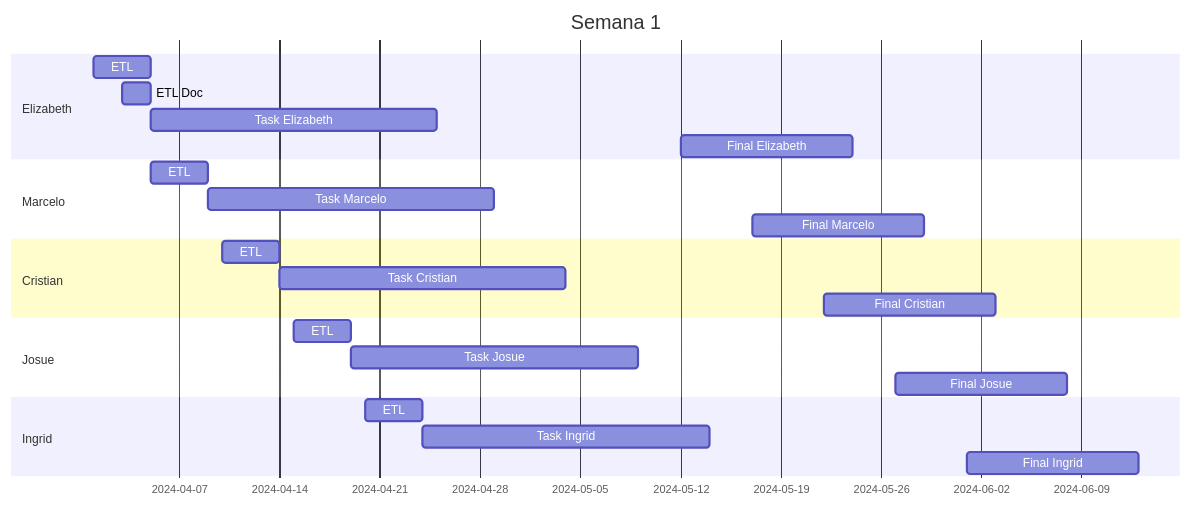
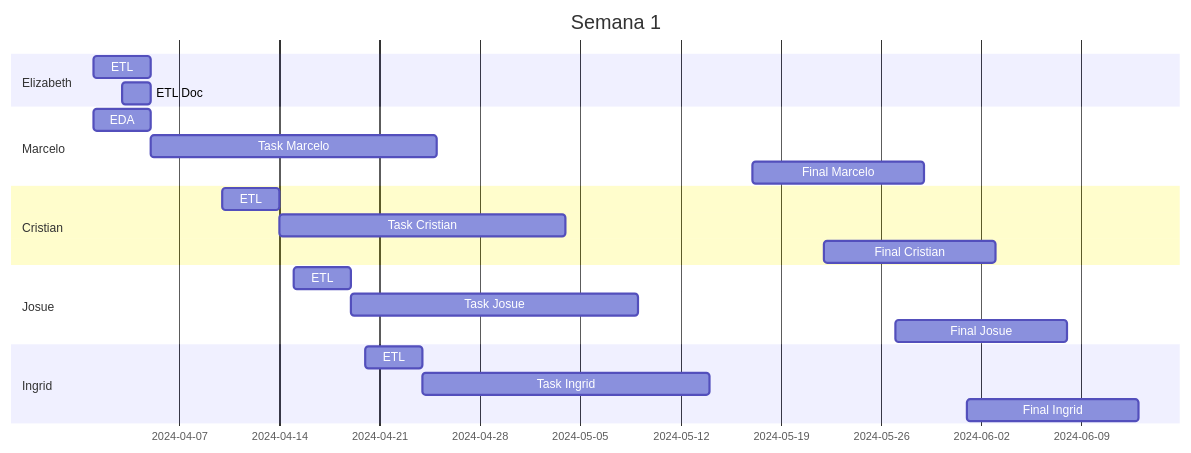
The diagram in README.md (Beth-94/testmermaid), drawn with Mermaid before and after one commit.

````diff
--- a/README.md
+++ b/README.md
@@ -8,32 +8,30 @@
 ```mermaid
 gantt
     title Semana 1
 
   section Elizabeth
     ETL           :a1, 2024-04-01, 4d
     ETL Doc    :after a1, 2024-04-03, 2d
-    Task Elizabeth    :after a1 + 2d, 20d
-    Final Elizabeth    : 2024-05-12  , 12d
 
     section Marcelo
-     ETL           :a2, 2024-04-05, 4d
+    EDA           :a2, 2024-04-01, 4d
     Task Marcelo    :after a2 + 2d, 20d
     Final Marcelo    : 2024-05-17  , 12d
 
     section Cristian
      ETL           :a3, 2024-04-10, 4d
     Task Cristian    :after a3 + 2d, 20d
     Final Cristian    : 2024-05-22  , 12d
 
     section Josue
      ETL           :a4, 2024-04-15, 4d
     Task Josue    :after a4 + 2d, 20d
     Final Josue    : 2024-05-27  , 12d
 
     section Ingrid
      ETL           :a5, 2024-04-20, 4d
     Task Ingrid    :after a5 + 2d, 20d
     Final Ingrid    : 2024-06-01  , 12d
 
 
 ```
````
